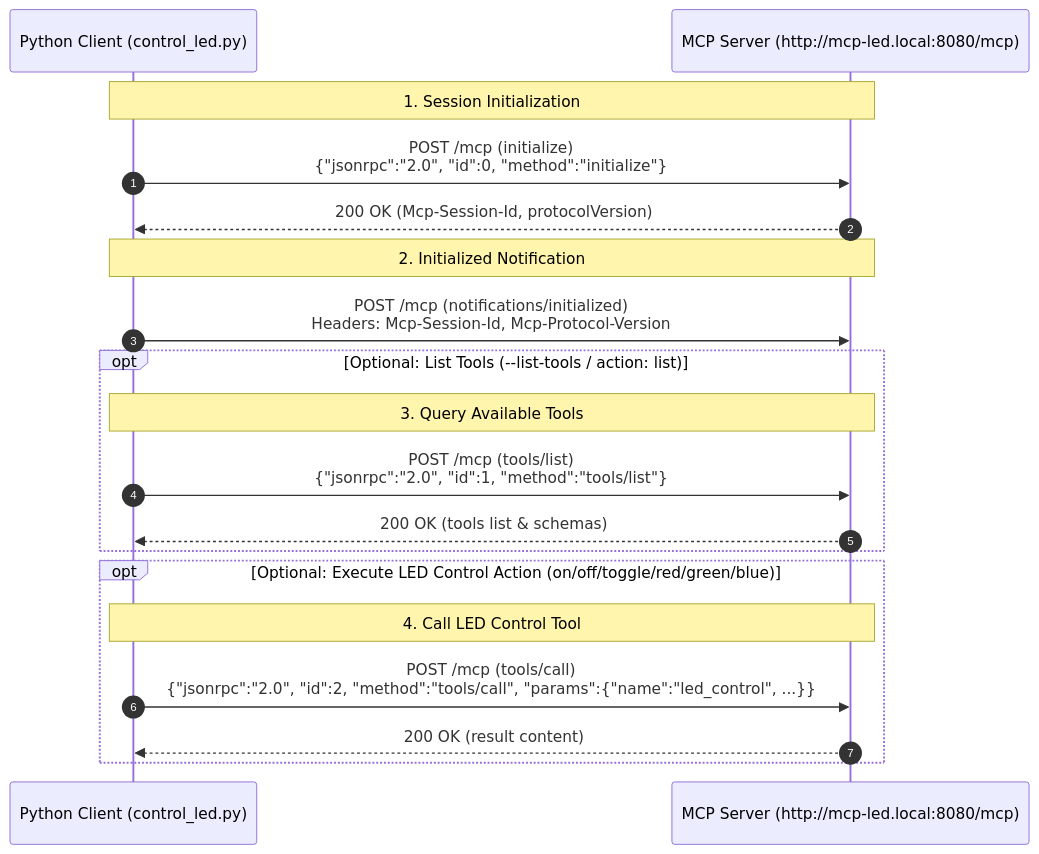
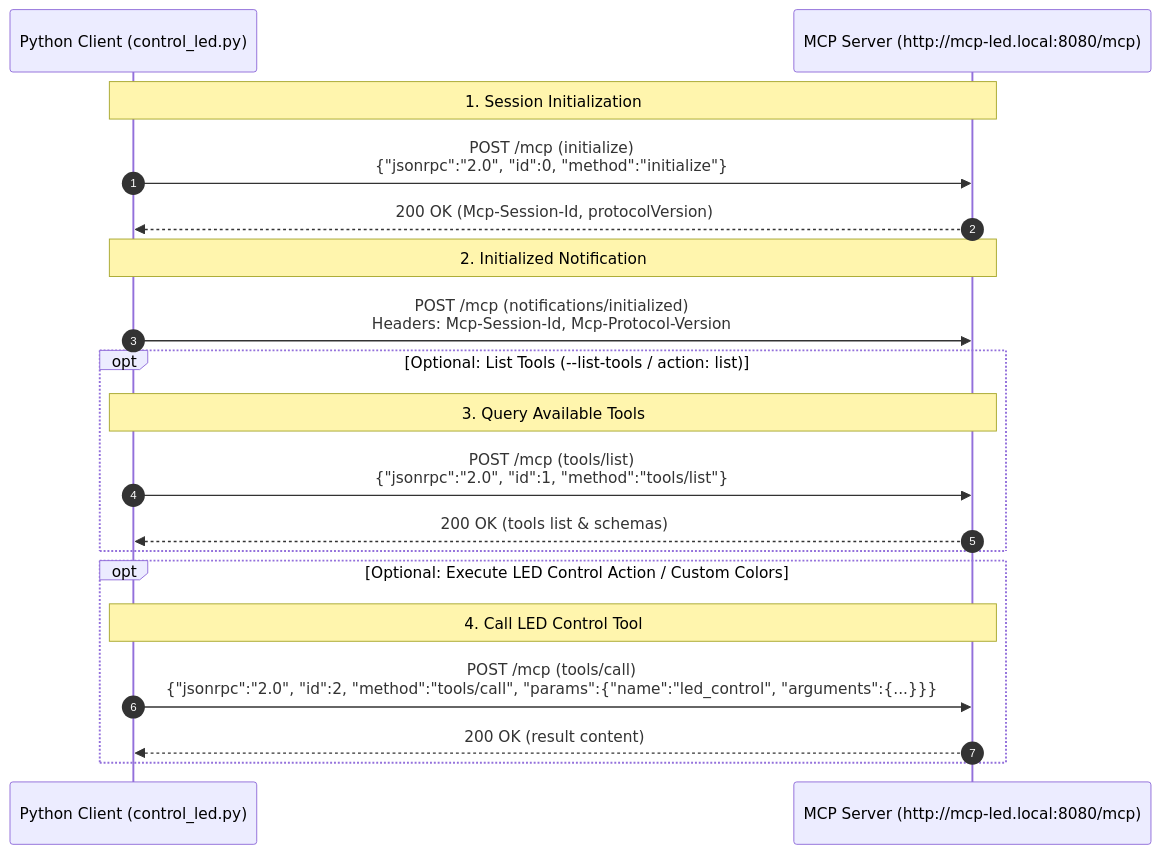
One commit to andrescvargasr/test_mcp_python_code changed the diagram in README.md. Above: the diagram before and after it, drawn with Mermaid. The commit also changed other lines of this file, not shown here.

Commit message:
docs: add support for custom RGB, CSS color, and rainbow effects with new CLI arguments and connection flags

````diff
--- a/README.md
+++ b/README.md
@@ -35,25 +41,25 @@
 ```mermaid
 sequenceDiagram
     autonumber
     participant Client as Python Client (control_led.py)
     participant Server as MCP Server (http://mcp-led.local:8080/mcp)
 
     Note over Client, Server: 1. Session Initialization
     Client->>Server: POST /mcp (initialize)<br/>{"jsonrpc":"2.0", "id":0, "method":"initialize"}
     Server-->>Client: 200 OK (Mcp-Session-Id, protocolVersion)
 
     Note over Client, Server: 2. Initialized Notification
     Client->>Server: POST /mcp (notifications/initialized)<br/>Headers: Mcp-Session-Id, Mcp-Protocol-Version
 
     opt Optional: List Tools (--list-tools / action: list)
         Note over Client, Server: 3. Query Available Tools
         Client->>Server: POST /mcp (tools/list)<br/>{"jsonrpc":"2.0", "id":1, "method":"tools/list"}
         Server-->>Client: 200 OK (tools list & schemas)
     end
 
-    opt Optional: Execute LED Control Action (on/off/toggle/red/green/blue)
+    opt Optional: Execute LED Control Action / Custom Colors
         Note over Client, Server: 4. Call LED Control Tool
-        Client->>Server: POST /mcp (tools/call)<br/>{"jsonrpc":"2.0", "id":2, "method":"tools/call", "params":{"name":"led_control", ...}}
+        Client->>Server: POST /mcp (tools/call)<br/>{"jsonrpc":"2.0", "id":2, "method":"tools/call", "params":{"name":"led_control", "arguments":{...}}}
         Server-->>Client: 200 OK (result content)
     end
 ```
````
